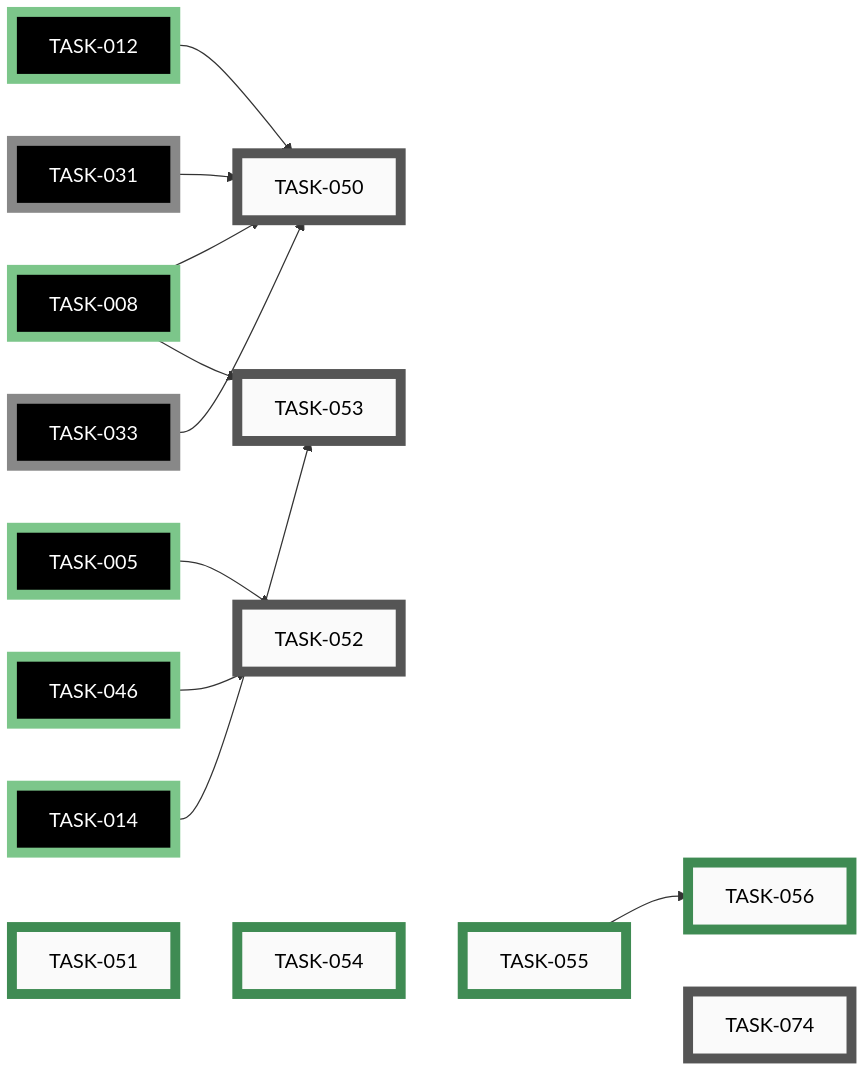
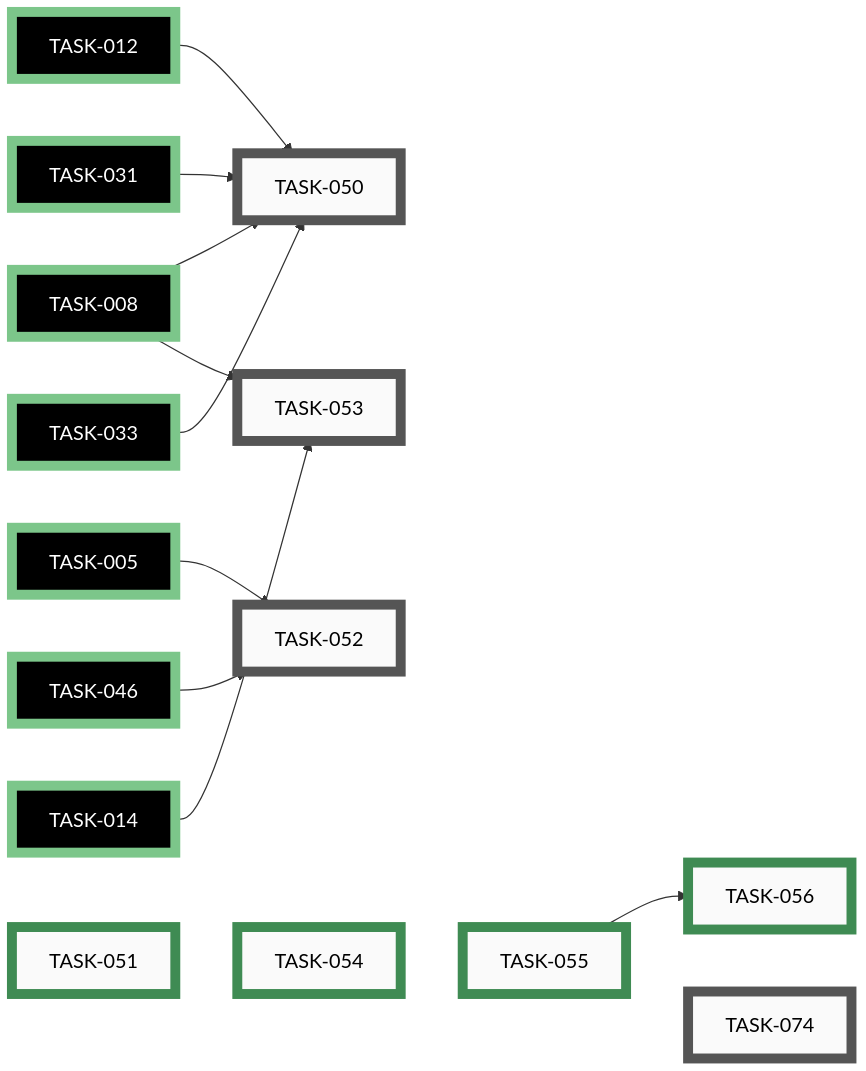
Before and after one commit to tgd1975/CircuitSmith: the eighth of 11 diagrams in docs/developers/tasks/EPICS.md, drawn with Mermaid. The commit also changed other lines of this file and 36 other files, not shown here.

First line of the commit message:
close EPIC-004: Circuit Skill — BOM and Netlist Exporters

````diff
--- a/docs/developers/tasks/EPICS.md
+++ b/docs/developers/tasks/EPICS.md
@@ -464,51 +464,51 @@
 ```mermaid
 graph LR
     TASK_050["TASK-050"]:::open
     TASK_052["TASK-052"]:::open
     TASK_053["TASK-053"]:::open
     TASK_074["TASK-074"]:::open
     TASK_051["TASK-051"]:::closed
     TASK_054["TASK-054"]:::closed
     TASK_055["TASK-055"]:::closed
     TASK_056["TASK-056"]:::closed
     TASK_005["TASK-005"]:::closedExt
     TASK_008["TASK-008"]:::closedExt
     TASK_012["TASK-012"]:::closedExt
     TASK_014["TASK-014"]:::closedExt
-    TASK_031["TASK-031"]:::openExt
-    TASK_033["TASK-033"]:::openExt
+    TASK_031["TASK-031"]:::closedExt
+    TASK_033["TASK-033"]:::closedExt
     TASK_046["TASK-046"]:::closedExt
     TASK_008 --> TASK_050
     TASK_012 --> TASK_050
     TASK_031 --> TASK_050
     TASK_033 --> TASK_050
     TASK_005 --> TASK_052
     TASK_046 --> TASK_052
     TASK_008 --> TASK_053
     TASK_014 --> TASK_053
     TASK_055 --> TASK_056
     TASK_051 ~~~ TASK_054 ~~~ TASK_055 ~~~ TASK_074
     click TASK_050 "open/task-050-boundary-import-contract-test.md"
     click TASK_052 "open/task-052-schema-validation-pre-commit.md"
     click TASK_053 "open/task-053-netgraph-golden-hash-contract-test.md"
     click TASK_074 "open/task-074-personal-data-leak-check-in-security-review-hook.md"
     click TASK_051 "closed/task-051-portability-lint.md"
     click TASK_054 "closed/task-054-seed-adr-folder.md"
     click TASK_055 "closed/task-055-code-owner-skills-hook.md"
     click TASK_056 "closed/task-056-author-initial-code-owner-skills.md"
     click TASK_005 "closed/task-005-write-circuit-json-schema.md"
     click TASK_008 "closed/task-008-implement-netgraph-data-model.md"
     click TASK_012 "closed/task-012-implement-renderer.md"
     click TASK_014 "closed/task-014-author-circuit-yml-and-layout-yml-pairs.md"
-    click TASK_031 "open/task-031-implement-bom-exporter.md"
-    click TASK_033 "open/task-033-implement-netlist-exporter.md"
+    click TASK_031 "closed/task-031-implement-bom-exporter.md"
+    click TASK_033 "closed/task-033-implement-netlist-exporter.md"
     click TASK_046 "closed/task-046-add-pyproject-and-dev-requirements.md"
     classDef open    fill:#FAFAFA,stroke:#555,stroke-width:8px,color:#000
     classDef active  fill:#FAFAFA,stroke:#1A6FA8,stroke-width:8px,color:#000
     classDef closed  fill:#FAFAFA,stroke:#3F8B53,stroke-width:8px,color:#000
     classDef paused  fill:#FAFAFA,stroke:#B07810,stroke-width:8px,color:#000
     classDef openExt    fill:#000,stroke:#888,stroke-width:8px,color:#FFF
     classDef activeExt  fill:#000,stroke:#3FA9F5,stroke-width:8px,color:#FFF
     classDef closedExt  fill:#000,stroke:#7CC68A,stroke-width:8px,color:#FFF
     classDef pausedExt  fill:#000,stroke:#F0B030,stroke-width:8px,color:#FFF
 ```
````
